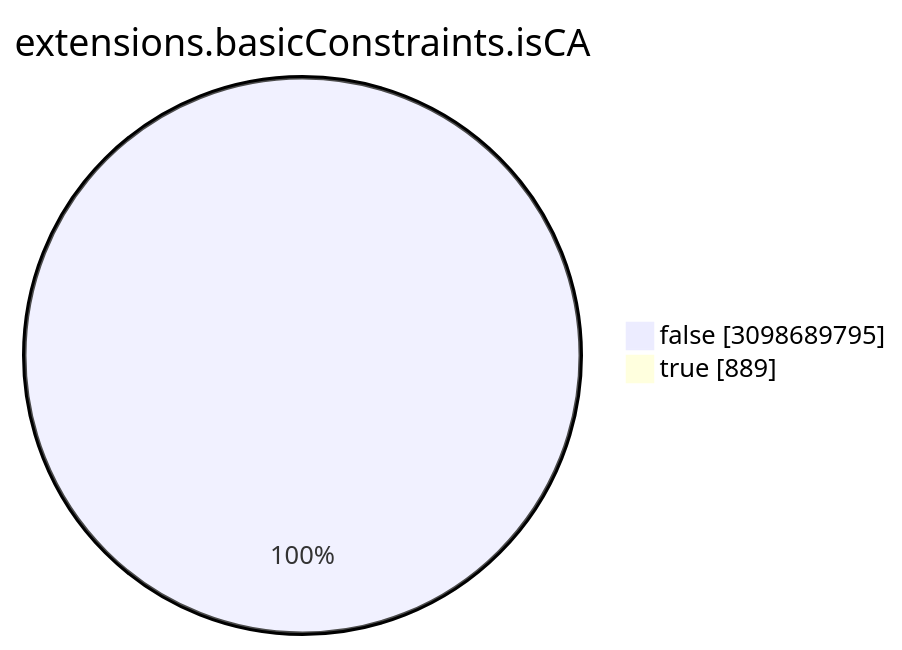
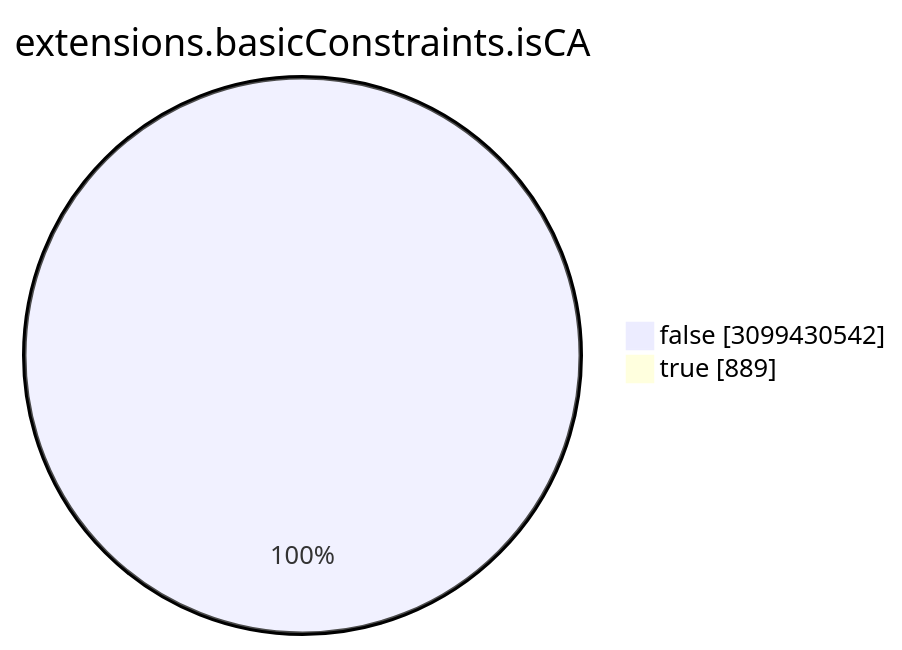
One commit to christiankrug/ctmonitor_visualization changed the seventh of 15 diagrams in TOTAL/README.md. Above: the diagram before and after it, drawn with Mermaid. The commit also changed other lines of this file, not shown here.

````diff
--- a/TOTAL/README.md
+++ b/TOTAL/README.md
@@ -3086,6 +3086,6 @@
 ```mermaid
 pie showData
 title extensions.basicConstraints.isCA
-"false" :3098689795
+"false" :3099430542
 "true" :889
 ```
````
